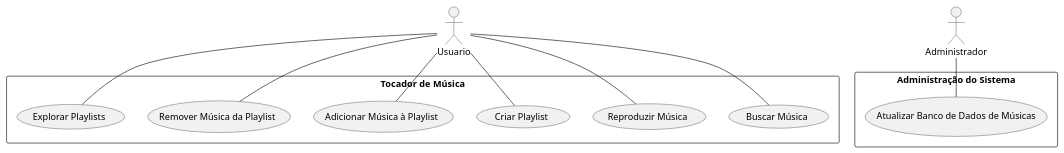
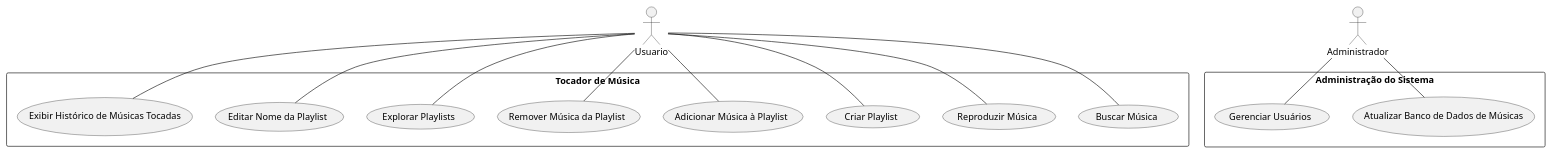
The diagram in src/Diagramas/Diagrama de Casos de Uso.puml (manuelafba/trabalhoFinalProg2), drawn with PlantUML before and after one commit. The commit also changed 3 other files, not shown here.

Commit message:
Colocando Diagramas Em Pasta e testando SVG

```diff
--- a/src/Diagramas/Diagrama de Casos de Uso.puml
+++ b/src/Diagramas/Diagrama de Casos de Uso.puml
@@ -1,18 +1,21 @@
 @startuml
 actor Usuario
 actor Administrador
 
 rectangle "Tocador de Música" {
     Usuario -- (Buscar Música)
     Usuario -- (Reproduzir Música)
     Usuario -- (Criar Playlist)
     Usuario -- (Adicionar Música à Playlist)
     Usuario -- (Remover Música da Playlist)
     Usuario -- (Explorar Playlists)
+    Usuario -- (Editar Nome da Playlist)
+    Usuario -- (Exibir Histórico de Músicas Tocadas)
 }
 
 rectangle "Administração do Sistema" {
     Administrador -- (Atualizar Banco de Dados de Músicas)
+    Administrador -- (Gerenciar Usuários)
 }
 
 @enduml
```
